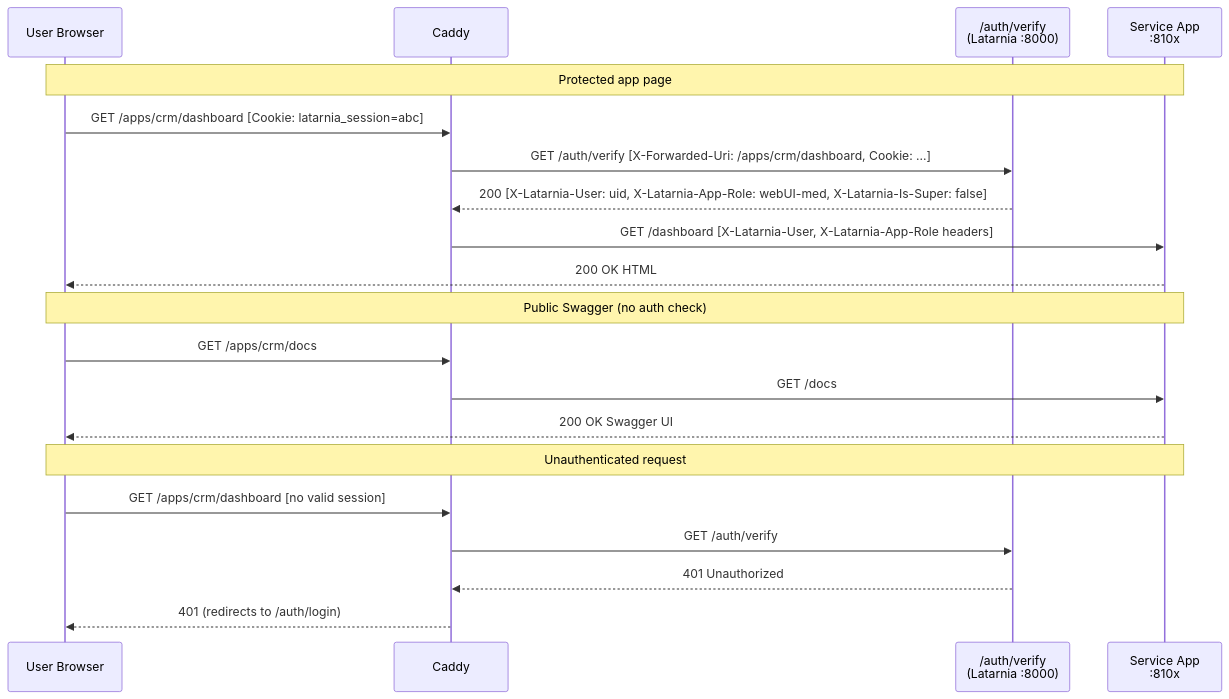
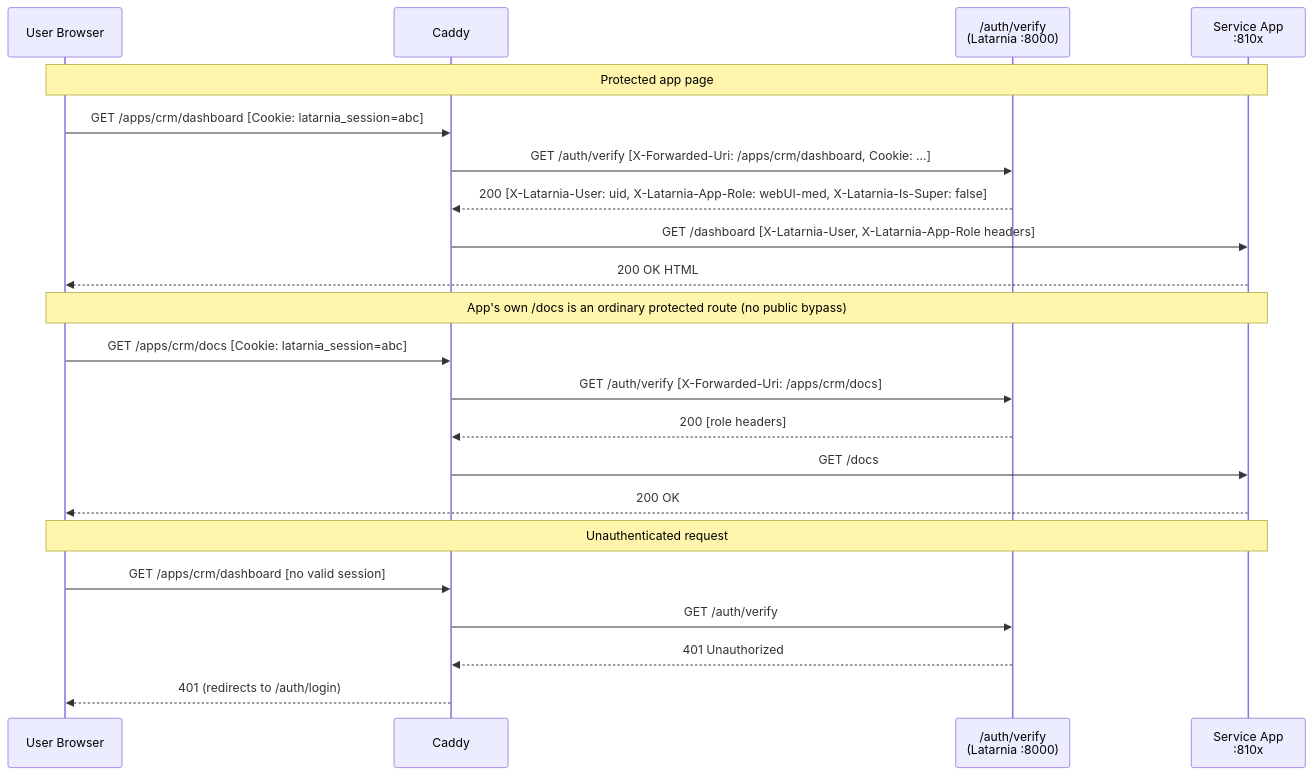
Diagram 13 of 16 in docs/System/workflows.md (felipe-stanham/Latarnia), drawn with Mermaid before and after one commit. The commit also changed other lines of this file and 43 other files, not shown here.

````diff
--- a/docs/System/workflows.md
+++ b/docs/System/workflows.md
@@ -509,28 +509,30 @@
 ```mermaid
 sequenceDiagram
     participant Browser as User Browser
     participant C as Caddy
     participant AV as /auth/verify<br/>(Latarnia :8000)
     participant App as Service App<br/>:810x
 
     Note over Browser,App: Protected app page
 
     Browser->>C: GET /apps/crm/dashboard [Cookie: latarnia_session=abc]
     C->>AV: GET /auth/verify [X-Forwarded-Uri: /apps/crm/dashboard, Cookie: ...]
     AV-->>C: 200 [X-Latarnia-User: uid, X-Latarnia-App-Role: webUI-med, X-Latarnia-Is-Super: false]
     C->>App: GET /dashboard [X-Latarnia-User, X-Latarnia-App-Role headers]
     App-->>Browser: 200 OK HTML
 
-    Note over Browser,App: Public Swagger (no auth check)
+    Note over Browser,App: App's own /docs is an ordinary protected route (no public bypass)
 
-    Browser->>C: GET /apps/crm/docs
+    Browser->>C: GET /apps/crm/docs [Cookie: latarnia_session=abc]
+    C->>AV: GET /auth/verify [X-Forwarded-Uri: /apps/crm/docs]
+    AV-->>C: 200 [role headers]
     C->>App: GET /docs
-    App-->>Browser: 200 OK Swagger UI
+    App-->>Browser: 200 OK
 
     Note over Browser,App: Unauthenticated request
 
     Browser->>C: GET /apps/crm/dashboard [no valid session]
     C->>AV: GET /auth/verify
     AV-->>C: 401 Unauthorized
     C-->>Browser: 401 (redirects to /auth/login)
 ```
````
